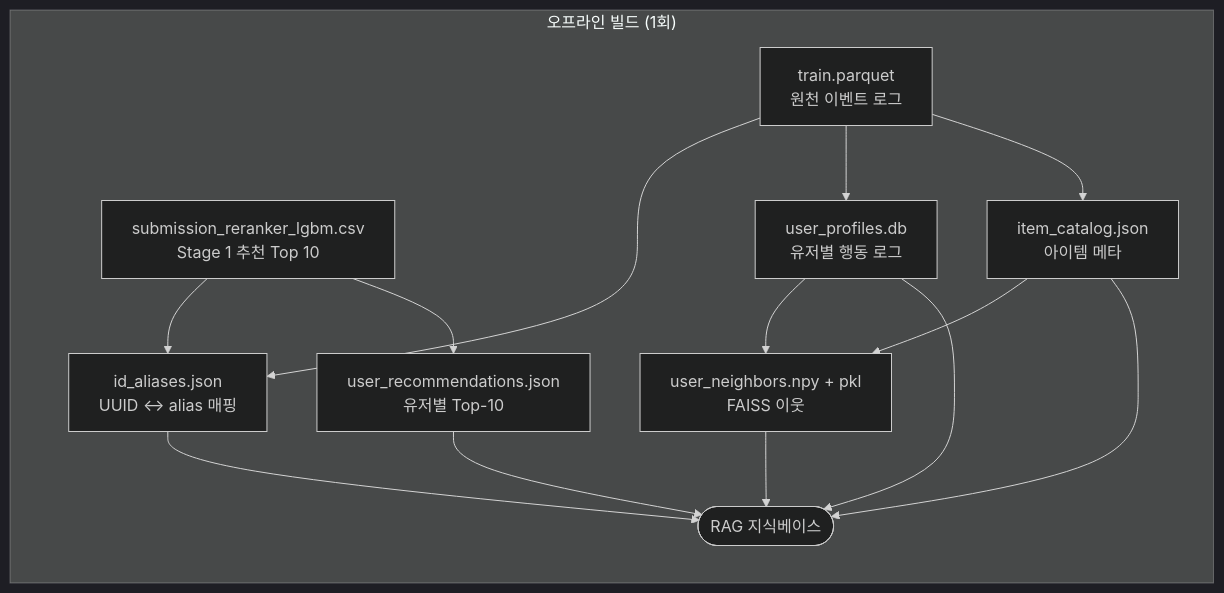
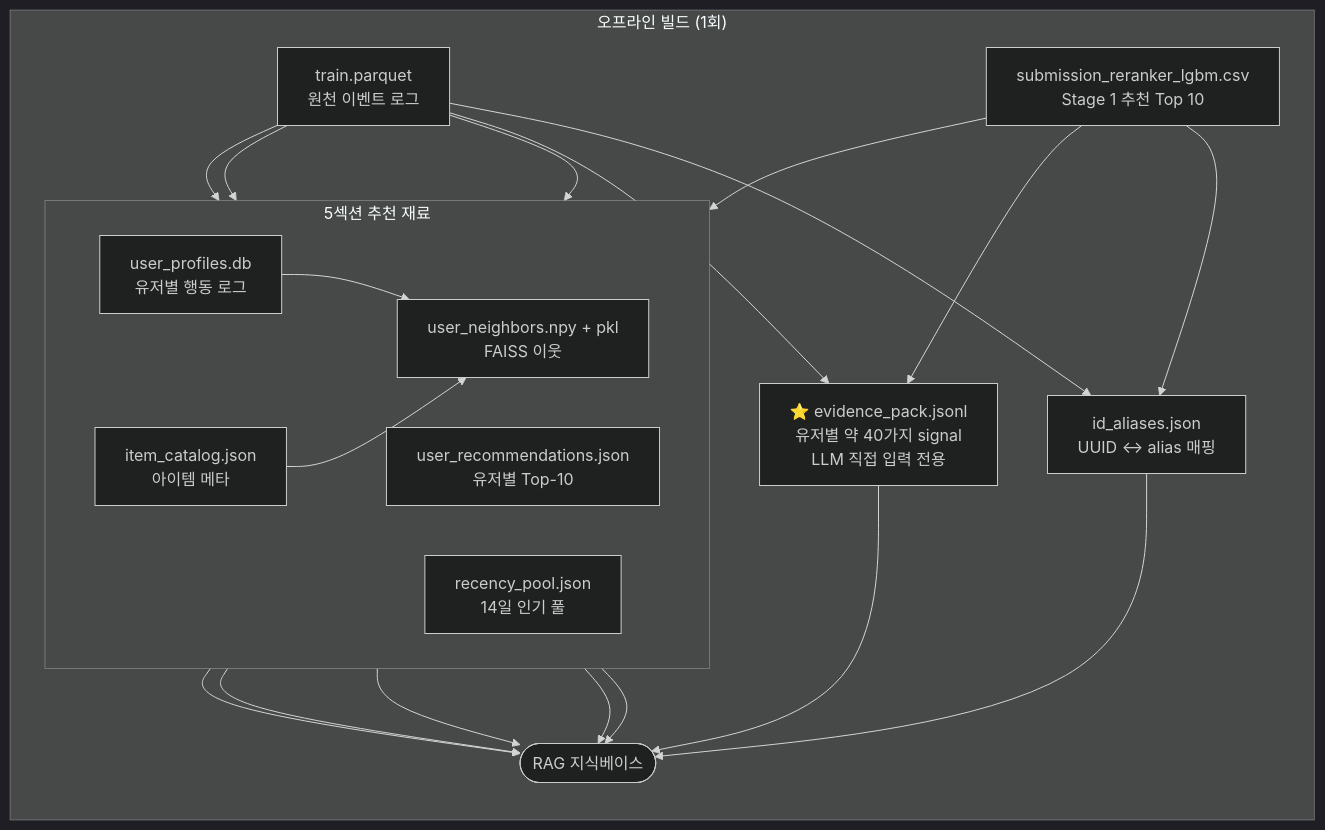
Before and after one commit to yoon-chung/recsys-commerce: the second of 2 diagrams in service/README_mvp.md, drawn with Mermaid (dark theme). The commit also changed other lines of this file, not shown here.

````diff
--- a/service/README_mvp.md
+++ b/service/README_mvp.md
@@ -109,25 +109,39 @@
 ```mermaid
 flowchart TB
   subgraph BG["오프라인 빌드 (1회)"]
     direction TB
     T[train.parquet<br/>원천 이벤트 로그]
     S[submission_reranker_lgbm.csv<br/>Stage 1 추천 Top 10]
 
     T --> A[id_aliases.json<br/>UUID ↔ alias 매핑]
     S --> A
 
-    T --> P[user_profiles.db<br/>유저별 행동 로그]
-    T --> C[item_catalog.json<br/>아이템 메타]
-    S --> R[user_recommendations.json<br/>유저별 Top-10]
+    subgraph REC["5섹션 추천 재료"]
+      direction LR
+      P[user_profiles.db<br/>유저별 행동 로그]
+      C[item_catalog.json<br/>아이템 메타]
+      R[user_recommendations.json<br/>유저별 Top-10]
+      Y[recency_pool.json<br/>14일 인기 풀]
+      F[user_neighbors.npy + pkl<br/>FAISS 이웃]
+    end
 
-    P --> F[user_neighbors.npy + pkl<br/>FAISS 이웃]
+    T --> P
+    T --> C
+    S --> R
+    T --> Y
+    P --> F
     C --> F
+
+    T --> E[⭐ evidence_pack.jsonl<br/>유저별 약 40가지 signal<br/>LLM 직접 입력 전용]
+    S --> E
 
     A --> KB
     P --> KB
     C --> KB
     R --> KB
+    Y --> KB
     F --> KB
+    E --> KB
     KB([RAG 지식베이스])
   end
 ```
````
